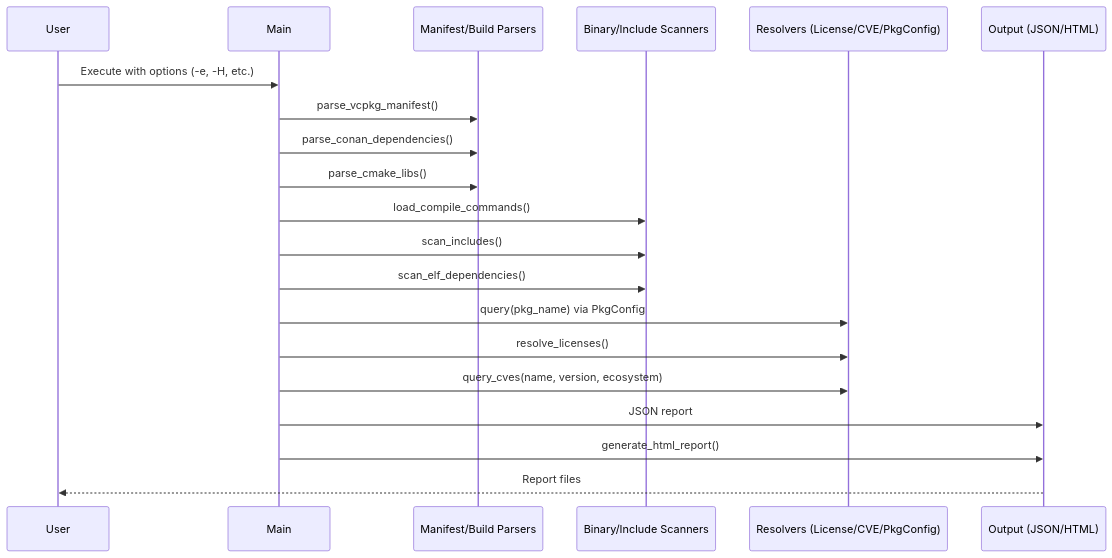
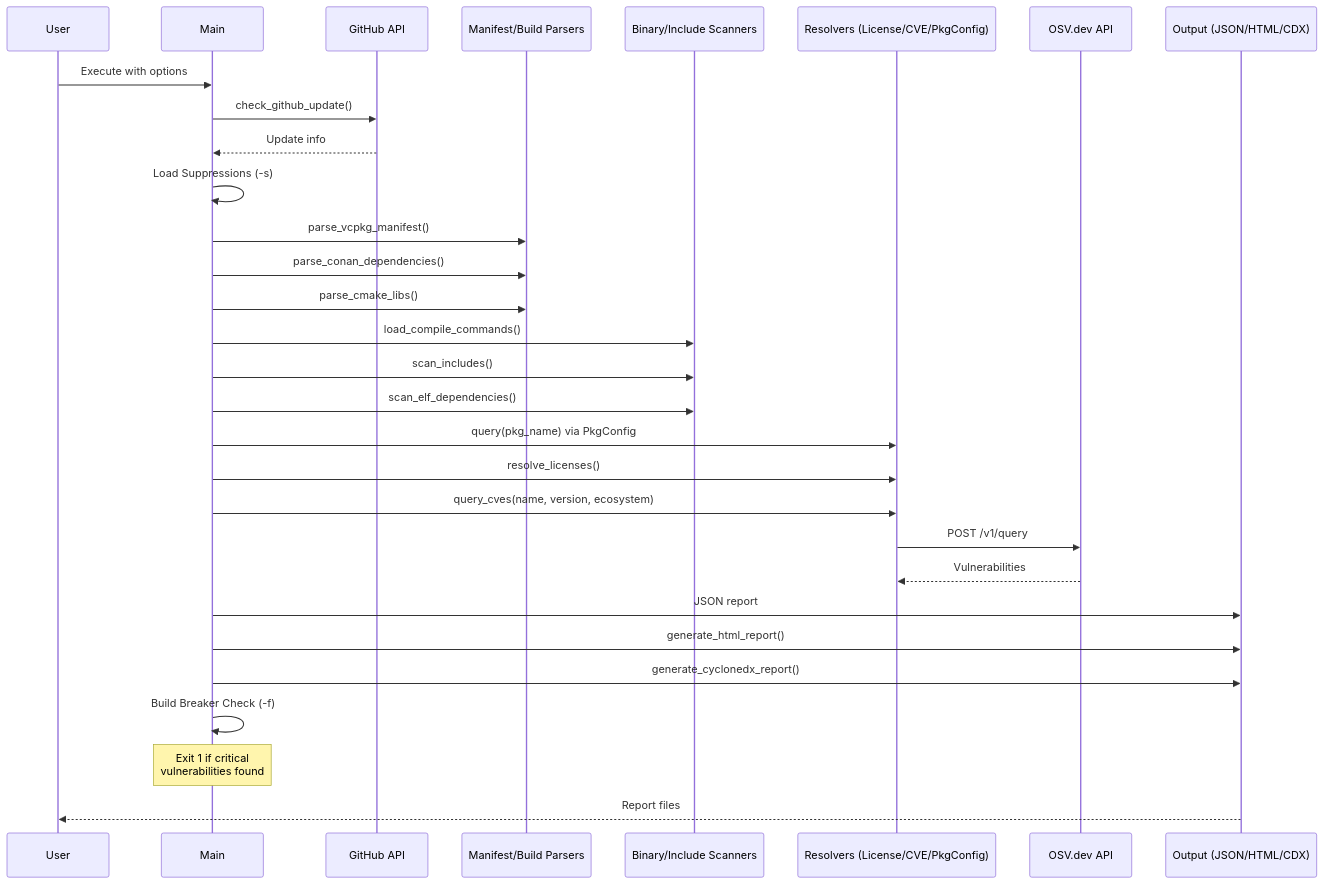
Before and after one commit to Zheng-Bote/depdiscover: the third of 4 diagrams in docs/architecture/architecture.md, drawn with Mermaid. The commit also changed other lines of this file and 33 other files, not shown here.

````diff
--- a/docs/architecture/architecture.md
+++ b/docs/architecture/architecture.md
@@ -79,23 +151,33 @@
 ```mermaid
 sequenceDiagram
     participant User
     participant Main
+    participant GH as GitHub API
     participant Parsers as Manifest/Build Parsers
     participant Scanners as Binary/Include Scanners
     participant Resolvers as Resolvers (License/CVE/PkgConfig)
-    participant Output as Output (JSON/HTML)
+    participant OSV as OSV.dev API
+    participant Output as Output (JSON/HTML/CDX)
 
-    User->>Main: Execute with options (-e, -H, etc.)
+    User->>Main: Execute with options
+    Main->>GH: check_github_update()
+    GH-->>Main: Update info
+    Main->>Main: Load Suppressions (-s)
     Main->>Parsers: parse_vcpkg_manifest()
     Main->>Parsers: parse_conan_dependencies()
     Main->>Parsers: parse_cmake_libs()
     Main->>Scanners: load_compile_commands()
     Main->>Scanners: scan_includes()
     Main->>Scanners: scan_elf_dependencies()
     Main->>Resolvers: query(pkg_name) via PkgConfig
     Main->>Resolvers: resolve_licenses()
     Main->>Resolvers: query_cves(name, version, ecosystem)
+    Resolvers->>OSV: POST /v1/query
+    OSV-->>Resolvers: Vulnerabilities
     Main->>Output: JSON report
     Main->>Output: generate_html_report()
+    Main->>Output: generate_cyclonedx_report()
+    Main->>Main: Build Breaker Check (-f)
+    Note over Main: Exit 1 if critical<br>vulnerabilities found
     Output-->>User: Report files
 ```
````
